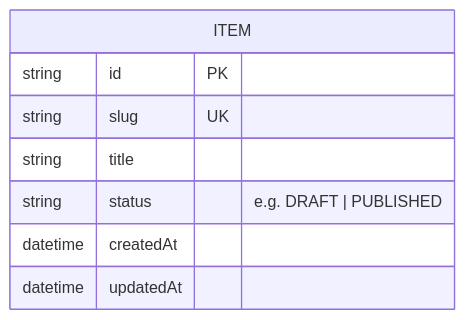
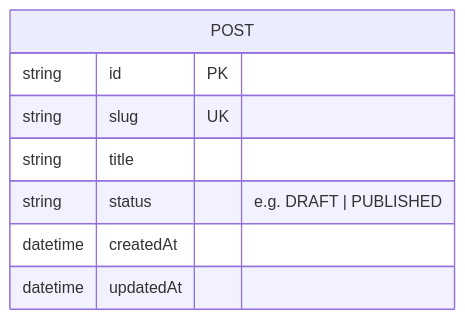
The diagram in domain/README.md (MASKUN2/design-template), drawn with Mermaid before and after one commit. The commit also changed other lines of this file and 7 other files, not shown here.

First line of the commit message:
Switch worked example from Item to Post

````diff
--- a/domain/README.md
+++ b/domain/README.md
@@ -10,11 +10,11 @@
 ```mermaid
 erDiagram
-    ITEM {
+    POST {
         string id PK
         string slug UK
         string title
         string status "e.g. DRAFT | PUBLISHED"
         datetime createdAt
         datetime updatedAt
     }
 ```
````
